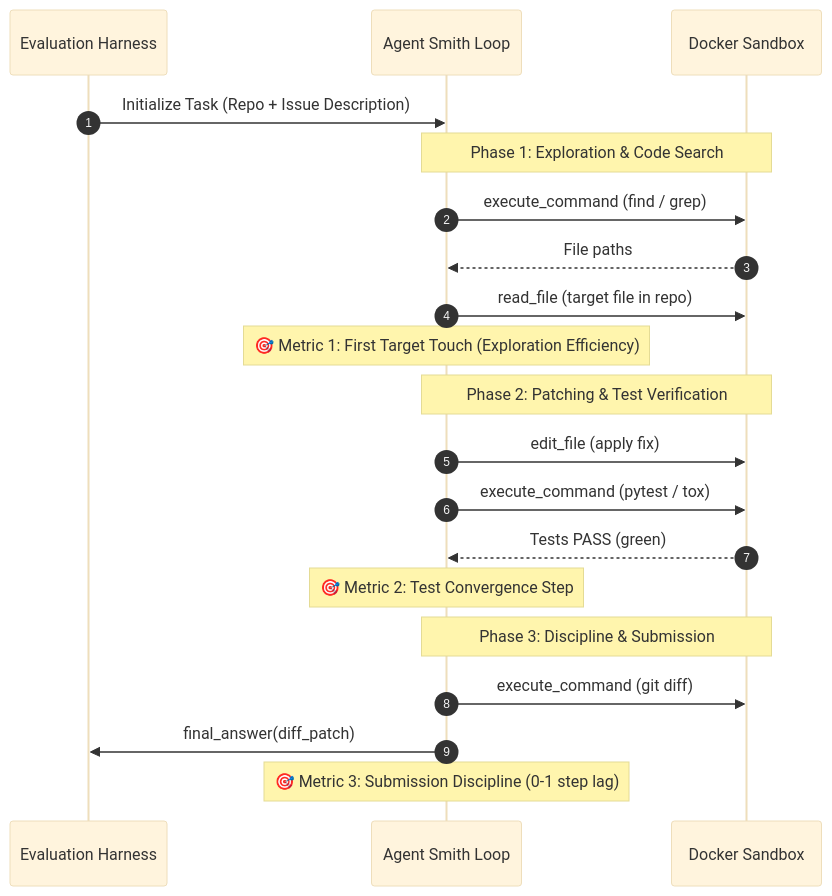
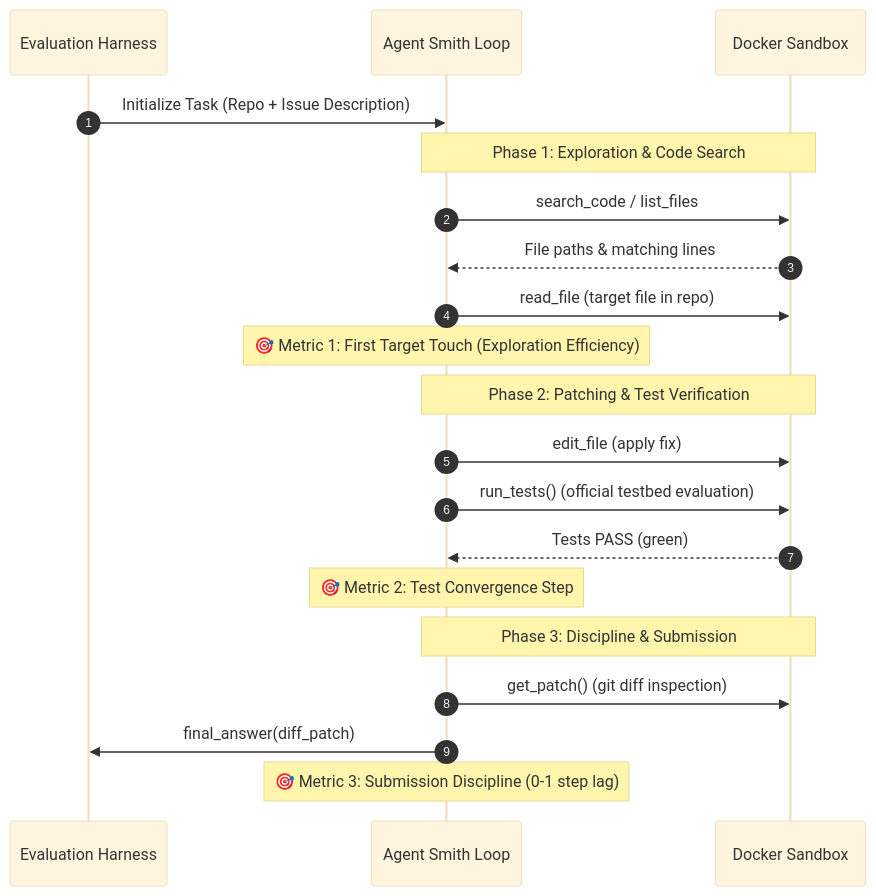
One commit to AYMAN-070/Agent-Smith changed the second of 2 diagrams in BENCHMARK_REPORT.md. Above: the diagram before and after it, drawn with Mermaid (base theme). The commit also changed other lines of this file, not shown here.

````diff
--- a/BENCHMARK_REPORT.md
+++ b/BENCHMARK_REPORT.md
@@ -248,25 +219,25 @@
 ```mermaid
 sequenceDiagram
     autonumber
     participant H as Evaluation Harness
     participant L as Agent Smith Loop
     participant B as Docker Sandbox
 
     H->>L: Initialize Task (Repo + Issue Description)
     Note over L,B: Phase 1: Exploration & Code Search
-    L->>B: execute_command (find / grep)
-    B-->>L: File paths
+    L->>B: search_code / list_files
+    B-->>L: File paths & matching lines
     L->>B: read_file (target file in repo)
     Note over L: 🎯 Metric 1: First Target Touch (Exploration Efficiency)
 
     Note over L,B: Phase 2: Patching & Test Verification
     L->>B: edit_file (apply fix)
-    L->>B: execute_command (pytest / tox)
+    L->>B: run_tests() (official testbed evaluation)
     B-->>L: Tests PASS (green)
     Note over L: 🎯 Metric 2: Test Convergence Step
 
     Note over L,B: Phase 3: Discipline & Submission
-    L->>B: execute_command (git diff)
+    L->>B: get_patch() (git diff inspection)
     L->>H: final_answer(diff_patch)
     Note over L: 🎯 Metric 3: Submission Discipline (0-1 step lag)
 ```
````
